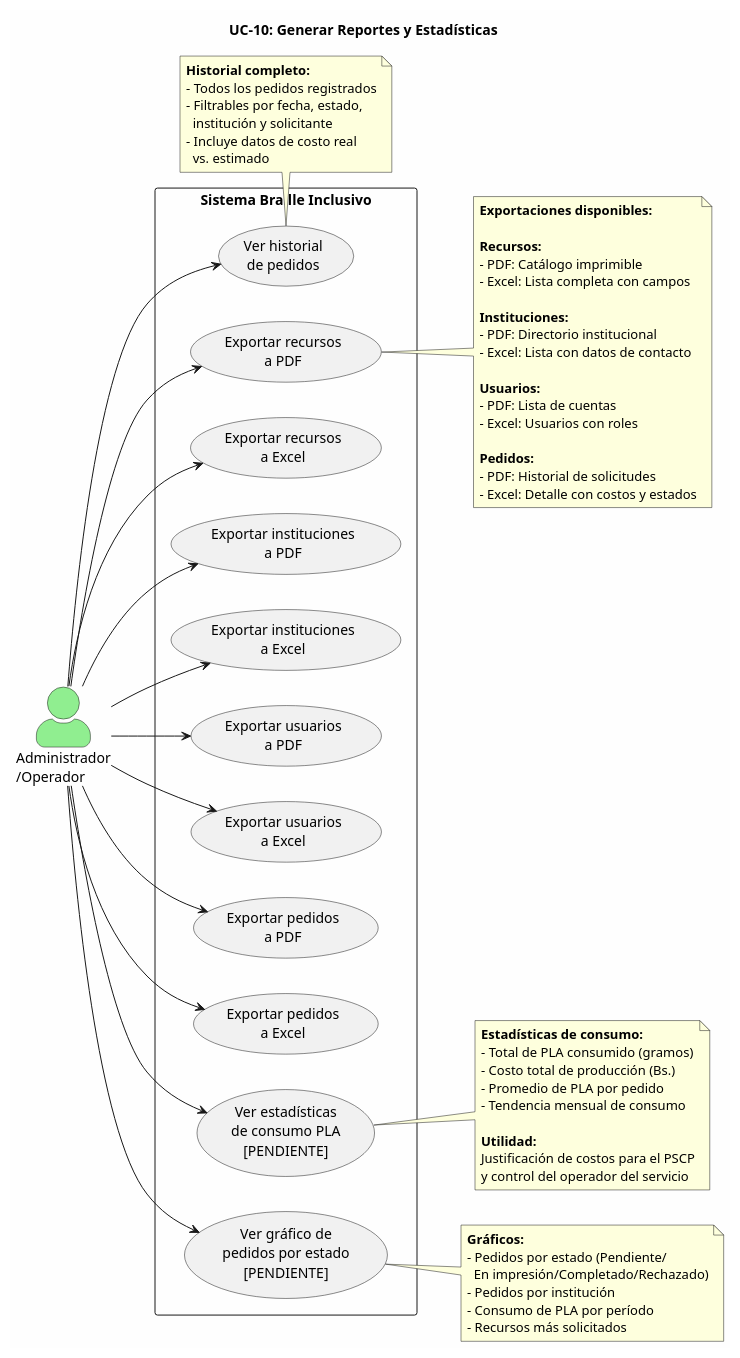
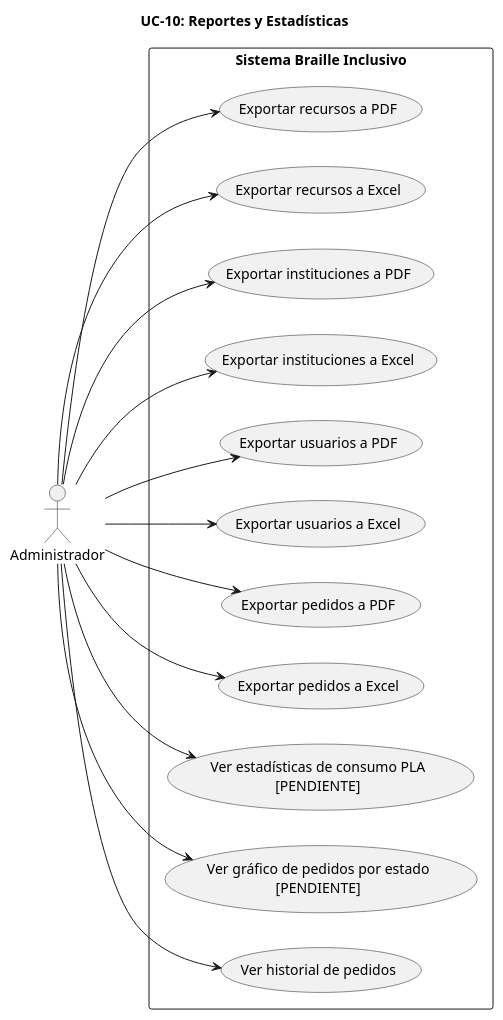
Before and after one commit to ArlTechDev/sistema-3d-inclusivo: the diagram in docs/casos_de_uso/plantuml/UC10_reportes_estadisticas.puml, drawn with PlantUML. The commit also changed 53 other files, not shown here.

Commit message:
docs(casos): diagramas UML 2.5 académicos B/N (extend corregido, sin actor Sistema, escenarios fuera) + PNG/SVG

```diff
--- a/docs/casos_de_uso/plantuml/UC10_reportes_estadisticas.puml
+++ b/docs/casos_de_uso/plantuml/UC10_reportes_estadisticas.puml
@@ -1,101 +1,38 @@
 @startuml UC10_Reportes_Estadisticas
-' =============================================
-' UC-10: Generar Reportes y Estadísticas
-' Estado 2026-08: exports (a-h) e historial (k) implementados; estadísticas (i, j) [PENDIENTE]
-' Módulo 3: Gestión de Pedidos y Costos de Producción
-' Actor: Administrador/Operador
-' =============================================
+title UC-10: Reportes y Estadísticas
+
+skinparam monochrome true
+skinparam shadowing false
+skinparam backgroundColor white
 
 left to right direction
-skinparam actorStyle awesome
-skinparam packageStyle rectangle
-skinparam backgroundColor #FEFEFE
-skinparam shadowing false
 
-title UC-10: Generar Reportes y Estadísticas
+actor "Administrador" as A
 
-' === ACTORES ===
-actor "Administrador\n/Operador" as A #LightGreen
-
-' === SISTEMA ===
 rectangle "Sistema Braille Inclusivo" {
-
-    usecase "Exportar recursos\na PDF" as UC10a
-    usecase "Exportar recursos\na Excel" as UC10b
-    usecase "Exportar instituciones\na PDF" as UC10c
-    usecase "Exportar instituciones\na Excel" as UC10d
-    usecase "Exportar usuarios\na PDF" as UC10e
-    usecase "Exportar usuarios\na Excel" as UC10f
-    usecase "Exportar pedidos\na PDF" as UC10g
-    usecase "Exportar pedidos\na Excel" as UC10h
-    usecase "Ver estadísticas\nde consumo PLA\n[PENDIENTE]" as UC10i
-    usecase "Ver gráfico de\npedidos por estado\n[PENDIENTE]" as UC10j
-    usecase "Ver historial\nde pedidos" as UC10k
-
+    usecase "Exportar recursos a PDF" as UC10a
+    usecase "Exportar recursos a Excel" as UC10b
+    usecase "Exportar instituciones a PDF" as UC10c
+    usecase "Exportar instituciones a Excel" as UC10d
+    usecase "Exportar usuarios a PDF" as UC10e
+    usecase "Exportar usuarios a Excel" as UC10f
+    usecase "Exportar pedidos a PDF" as UC10g
+    usecase "Exportar pedidos a Excel" as UC10h
+    usecase "Ver estadísticas de consumo PLA\n[PENDIENTE]" as UC10i
+    usecase "Ver gráfico de pedidos por estado\n[PENDIENTE]" as UC10j
+    usecase "Ver historial de pedidos" as UC10k
 }
 
-' === CONEXIONES ===
 A --> UC10a
 A --> UC10b
 A --> UC10c
 A --> UC10d
 A --> UC10e
 A --> UC10f
 A --> UC10g
 A --> UC10h
 A --> UC10i
 A --> UC10j
 A --> UC10k
 
-' === NOTAS ===
-note right of UC10a
-  **Exportaciones disponibles:**
-
-  **Recursos:**
-  - PDF: Catálogo imprimible
-  - Excel: Lista completa con campos
-
-  **Instituciones:**
-  - PDF: Directorio institucional
-  - Excel: Lista con datos de contacto
-
-  **Usuarios:**
-  - PDF: Lista de cuentas
-  - Excel: Usuarios con roles
-
-  **Pedidos:**
-  - PDF: Historial de solicitudes
-  - Excel: Detalle con costos y estados
-end note
-
-note right of UC10i
-  **Estadísticas de consumo:**
-  - Total de PLA consumido (gramos)
-  - Costo total de producción (Bs.)
-  - Promedio de PLA por pedido
-  - Tendencia mensual de consumo
-
-  **Utilidad:**
-  Justificación de costos para el PSCP
-  y control del operador del servicio
-end note
-
-note right of UC10j
-  **Gráficos:**
-  - Pedidos por estado (Pendiente/
-    En impresión/Completado/Rechazado)
-  - Pedidos por institución
-  - Consumo de PLA por período
-  - Recursos más solicitados
-end note
-
-note bottom of UC10k
-  **Historial completo:**
-  - Todos los pedidos registrados
-  - Filtrables por fecha, estado,
-    institución y solicitante
-  - Incluye datos de costo real
-    vs. estimado
-end note
-
 @enduml
```
